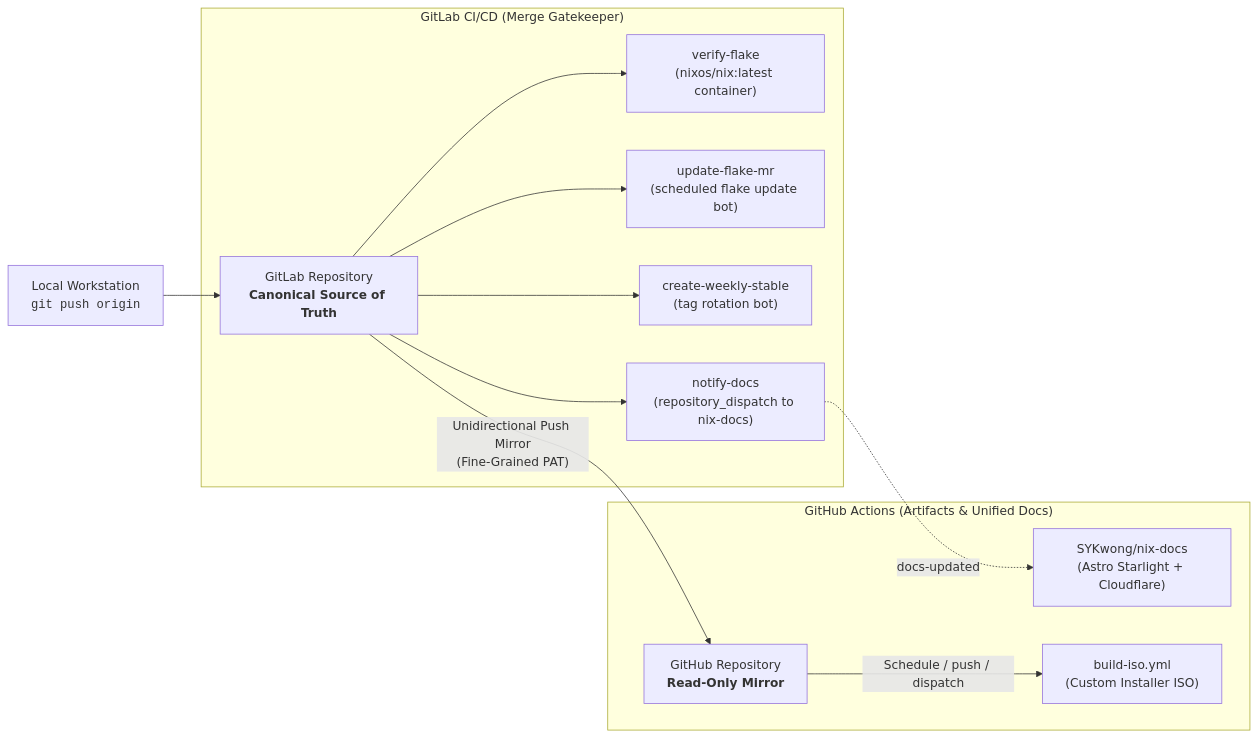
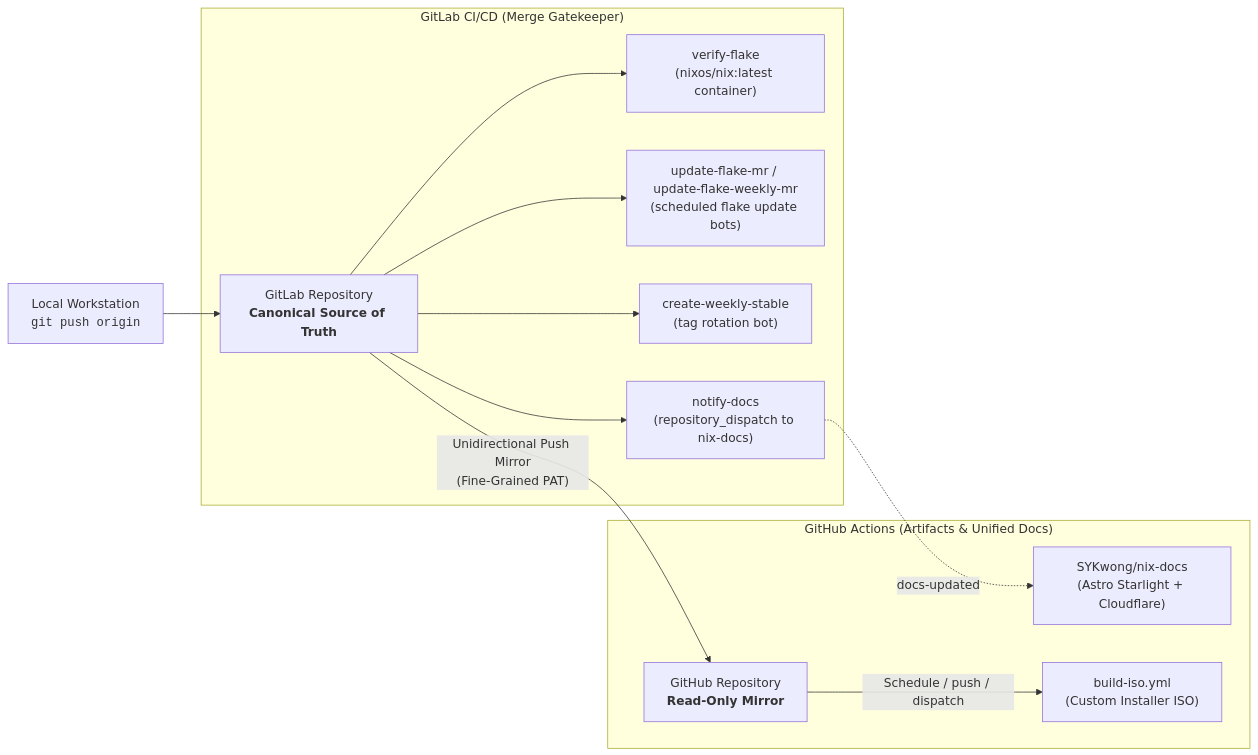
The first of 2 diagrams in src/content/docs/nix-config/split-ci.md (SYKwong/nix-docs), drawn with Mermaid before and after one commit. The commit also changed other lines of this file and 2 other files, not shown here.

Commit message:
chore(docs): sync upstream documentation

````diff
--- a/src/content/docs/nix-config/split-ci.md
+++ b/src/content/docs/nix-config/split-ci.md
@@ -18,18 +18,18 @@
 ```mermaid
 flowchart LR
     dev["Local Workstation<br/><code>git push origin</code>"] --> gitlab["GitLab Repository<br/><b>Canonical Source of Truth</b>"]
 
     subgraph gitlab_ci ["GitLab CI/CD (Merge Gatekeeper)"]
         gitlab --> test["verify-flake<br/>(nixos/nix:latest container)"]
-        gitlab --> lock_bot["update-flake-mr<br/>(scheduled flake update bot)"]
+        gitlab --> lock_bot["update-flake-mr / update-flake-weekly-mr<br/>(scheduled flake update bots)"]
         gitlab --> stable_tag["create-weekly-stable<br/>(tag rotation bot)"]
         gitlab --> notify_docs["notify-docs<br/>(repository_dispatch to nix-docs)"]
     end
 
     gitlab -- "Unidirectional Push Mirror<br/>(Fine-Grained PAT)" --> github["GitHub Repository<br/><b>Read-Only Mirror</b>"]
 
     subgraph github_actions ["GitHub Actions (Artifacts & Unified Docs)"]
         notify_docs -. "docs-updated" .-> nix_docs["SYKwong/nix-docs<br/>(Astro Starlight + Cloudflare)"]
         github -- "Schedule / push / dispatch" --> build_iso["build-iso.yml<br/>(Custom Installer ISO)"]
     end
 ```
````
